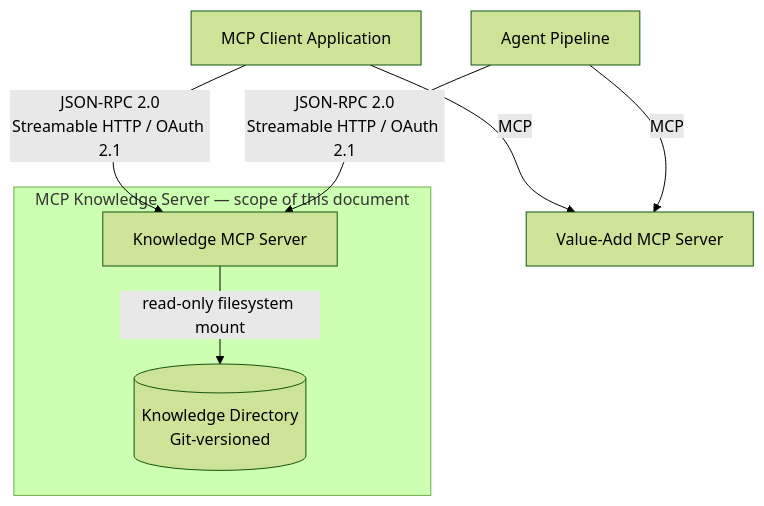
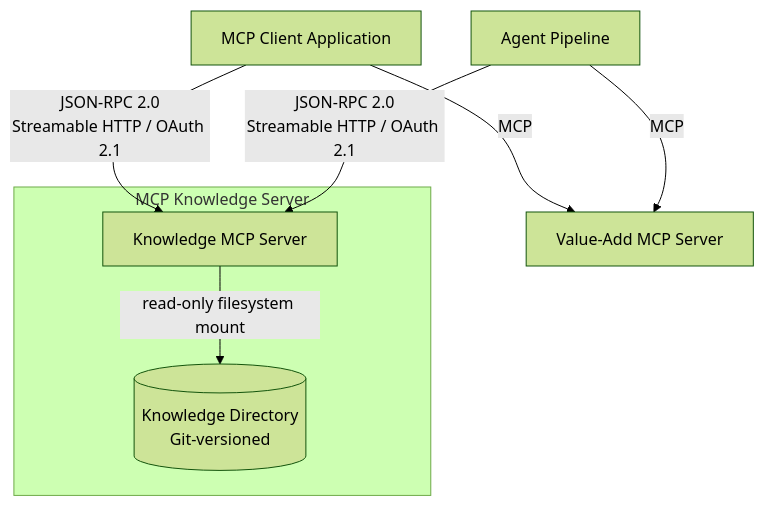
Before and after one commit to M-A-Operating-System/shared-work: the diagram in docs/product/knowledge/01_overview.md, drawn with Mermaid (forest theme).

````diff
--- a/docs/product/knowledge/01_overview.md
+++ b/docs/product/knowledge/01_overview.md
@@ -58,17 +58,17 @@
 ```mermaid
 graph TD
     A[MCP Client Application]
     B[Agent Pipeline]
     C[Value-Add MCP Server]
 
-    subgraph KS["MCP Knowledge Server — scope of this document"]
+    subgraph KS["MCP Knowledge Server"]
         K[Knowledge MCP Server]
         D[(Knowledge Directory\nGit-versioned)]
         K -->|read-only filesystem mount| D
     end
 
     A -->|JSON-RPC 2.0\nStreamable HTTP / OAuth 2.1| K
     A -->|MCP| C
     B -->|JSON-RPC 2.0\nStreamable HTTP / OAuth 2.1| K
     B -->|MCP| C
 ```
````
